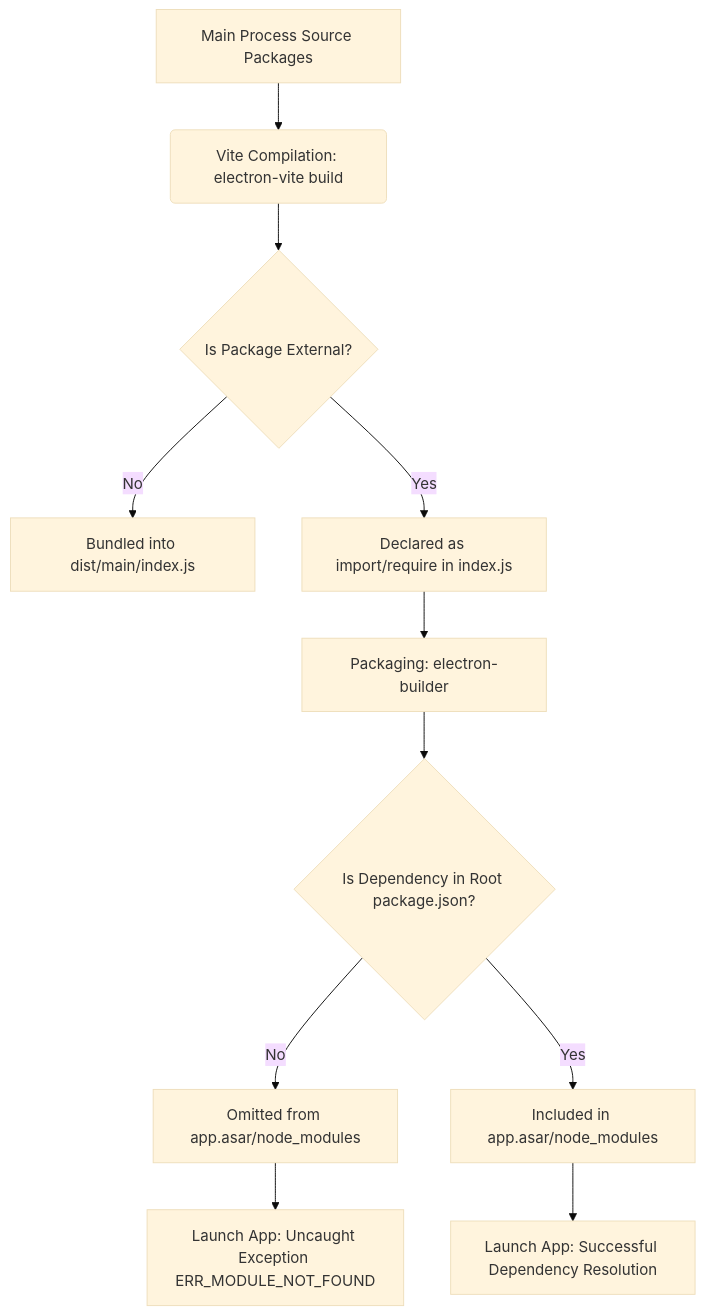
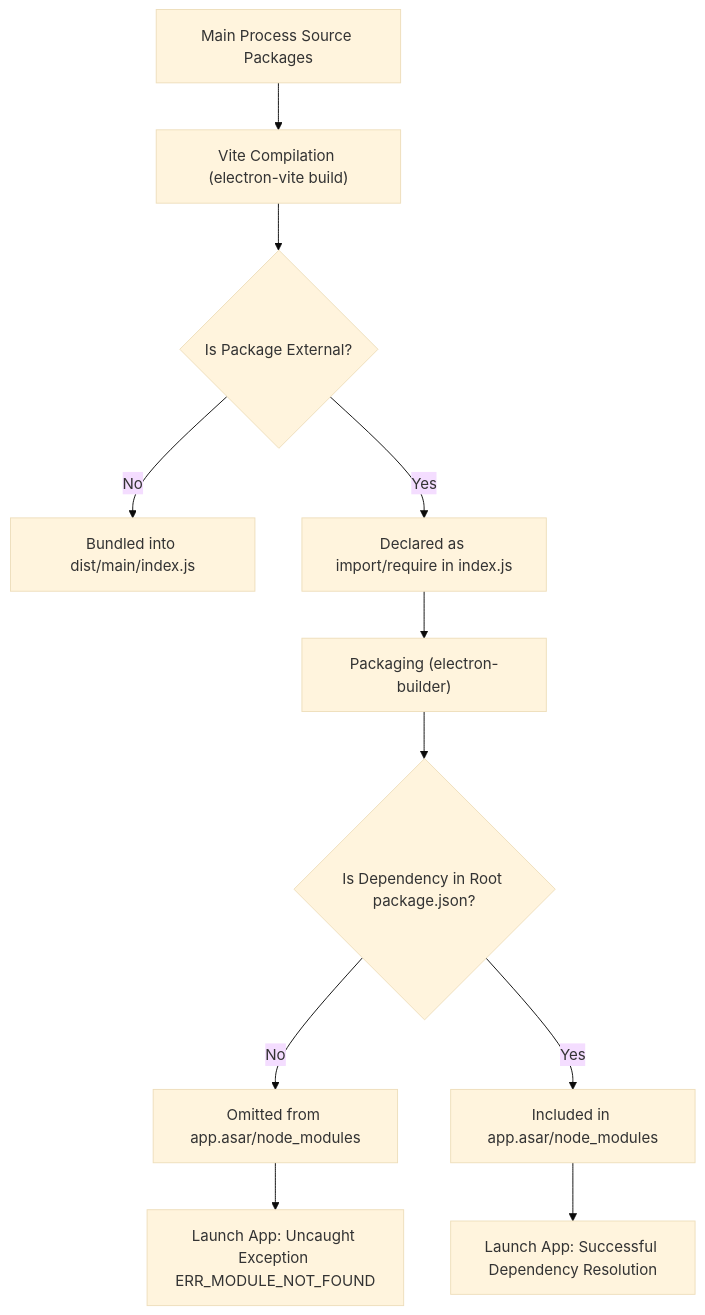
Before and after one commit to indii-music-founder/indii-music-founder: the diagram in docs/flowcharts/desktop-dependencies-packaging.md, drawn with Mermaid (base theme). The commit also changed other lines of this file, not shown here.

Commit message:
docs: fix flowchart mermaid quotes syntax and step-by-step transition breakdown header

````diff
--- a/docs/flowcharts/desktop-dependencies-packaging.md
+++ b/docs/flowcharts/desktop-dependencies-packaging.md
@@ -5,15 +5,15 @@
 ```mermaid
 graph TD
-    A[Main Process Source Packages] --> B(Vite Compilation: electron-vite build)
-    B --> C{Is Package External?}
-    C -- No --> D[Bundled into dist/main/index.js]
-    C -- Yes --> E[Declared as import/require in index.js]
+    A["Main Process Source Packages"] --> B["Vite Compilation (electron-vite build)"]
+    B --> C{"Is Package External?"}
+    C -- No --> D["Bundled into dist/main/index.js"]
+    C -- Yes --> E["Declared as import/require in index.js"]
     
-    E --> F[Packaging: electron-builder]
-    F --> G{Is Dependency in Root package.json?}
-    G -- No --> H[Omitted from app.asar/node_modules]
-    G -- Yes --> I[Included in app.asar/node_modules]
+    E --> F["Packaging (electron-builder)"]
+    F --> G{"Is Dependency in Root package.json?"}
+    G -- No --> H["Omitted from app.asar/node_modules"]
+    G -- Yes --> I["Included in app.asar/node_modules"]
     
-    H --> J[Launch App: Uncaught Exception ERR_MODULE_NOT_FOUND]
-    I --> K[Launch App: Successful Dependency Resolution]
+    H --> J["Launch App: Uncaught Exception ERR_MODULE_NOT_FOUND"]
+    I --> K["Launch App: Successful Dependency Resolution"]
 ```
````
